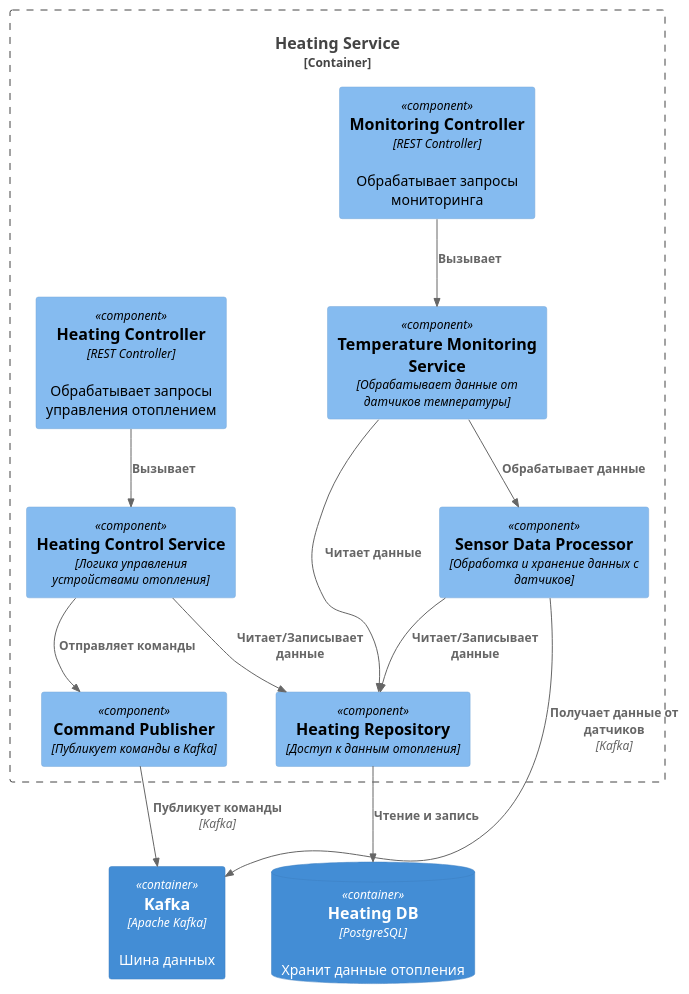
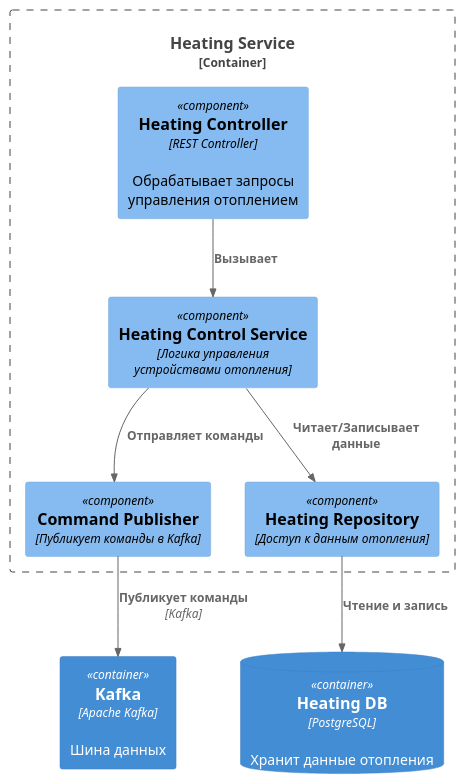
Before and after one commit to Veles-Pan/practicum-architecture-sprint-3: the second of 9 diagrams in docs/diagrams/src/task_2.puml, drawn with PlantUML. The commit also changed other lines of this file and 13 other files, not shown here.

```diff
--- a/docs/diagrams/src/task_2.puml
+++ b/docs/diagrams/src/task_2.puml
@@ -58,39 +69,27 @@
 @startuml heating_service_component
 !include C4_Component.puml
 
 Container_Boundary(heatingService, "Heating Service") {
 
     ' Контекст Управления устройствами
     Component(heatingController, "Heating Controller", "REST Controller", "Обрабатывает запросы управления отоплением")
     Component(heatingControlService, "Heating Control Service", "Логика управления устройствами отопления")
     Component(commandPublisher, "Command Publisher", "Публикует команды в Kafka")
-    
-    ' Контекст Мониторинга
-    Component(monitoringController, "Monitoring Controller", "REST Controller", "Обрабатывает запросы мониторинга")
-    Component(temperatureMonitoringService, "Temperature Monitoring Service",  "Обрабатывает данные от датчиков температуры")
-    Component(sensorDataProcessor, "Sensor Data Processor", "Обработка и хранение данных с датчиков")
-    
+        
     ' Общие компоненты
     Component(heatingRepository, "Heating Repository", "Доступ к данным отопления")
 }
 
 ContainerDb(heatingDB, "Heating DB", "PostgreSQL", "Хранит данные отопления")
 Container(kafka, "Kafka", "Apache Kafka", "Шина данных")
 
 ' Взаимодействия в контексте Управления устройствами
 Rel(heatingController, heatingControlService, "Вызывает")
 Rel(heatingControlService, commandPublisher, "Отправляет команды")
 Rel(commandPublisher, kafka, "Публикует команды", "Kafka")
 
-' Взаимодействия в контексте Мониторинга
-Rel(monitoringController, temperatureMonitoringService, "Вызывает")
-Rel(temperatureMonitoringService, sensorDataProcessor, "Обрабатывает данные")
-Rel(sensorDataProcessor, heatingRepository, "Читает/Записывает данные")
-Rel(sensorDataProcessor, kafka, "Получает данные от датчиков", "Kafka")
-
 ' Общие взаимодействия
 Rel(heatingControlService, heatingRepository, "Читает/Записывает данные")
 Rel(heatingRepository, heatingDB, "Чтение и запись")
-Rel(temperatureMonitoringService, heatingRepository, "Читает данные")
 
 @enduml
```
